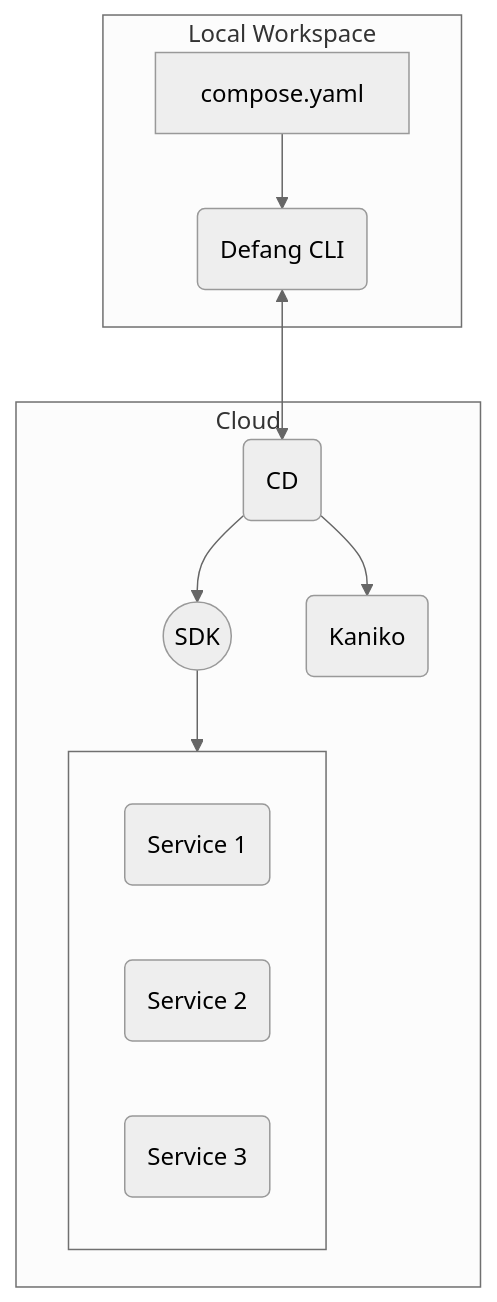
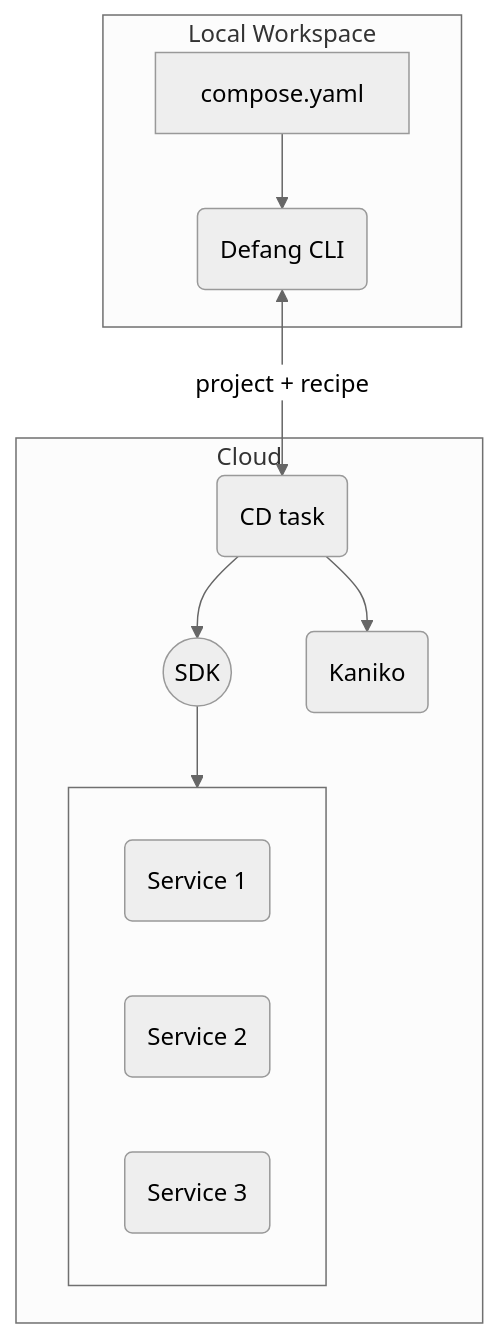
One commit to DefangLabs/defang-docs changed the diagram in docs/intro/how-it-works.mdx. Above: the diagram before and after it, drawn with Mermaid (neutral theme). The commit also changed other lines of this file and 6 other files, not shown here.

First line of the commit message:
docs: add Recipe concept and align how-it-works with BYOC CD task (#397)

````diff
--- a/docs/intro/how-it-works.mdx
+++ b/docs/intro/how-it-works.mdx
@@ -23,28 +23,28 @@
 ```mermaid
 
 flowchart TD
   subgraph workspace["Local Workspace"]
     compose[compose.yaml]
     CLI("Defang CLI")
   end
 
   subgraph cloud["Cloud"]
     sdk(("SDK"))
-    CD(CD)
+    CD("CD task")
     kaniko(Kaniko)
 
     subgraph services[" "]
       service1("Service 1")
       service2("Service 2")
       service3("Service 3")
     end
   end
 
 compose --> CLI
 
-CLI <--> CD
+CLI <-->|project + recipe| CD
 CD --> kaniko
 CD --> sdk
 sdk --> services
 
 ```
````
